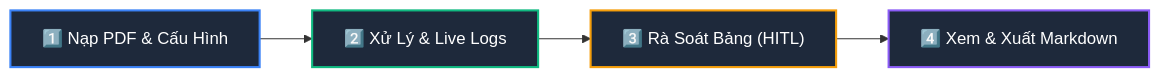
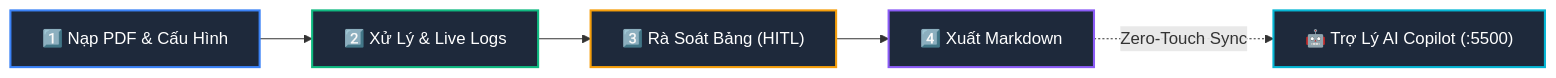
The diagram in docs/guide_interface.md (LeGiaVan/OpenBCTC), drawn with Mermaid before and after one commit. The commit also changed other lines of this file and 5 other files, not shown here.

````diff
--- a/docs/guide_interface.md
+++ b/docs/guide_interface.md
@@ -106,11 +113,13 @@
 ```mermaid
 flowchart LR
     Step1["1️⃣ Nạp PDF & Cấu Hình"] --> Step2["2️⃣ Xử Lý & Live Logs"]
     Step2 --> Step3["3️⃣ Rà Soát Bảng (HITL)"]
-    Step3 --> Step4["4️⃣ Xem & Xuất Markdown"]
+    Step3 --> Step4["4️⃣ Xuất Markdown"]
+    Step4 -.->|Zero-Touch Sync| Step5["🤖 Trợ Lý AI Copilot (:5500)"]
 
     style Step1 fill:#1e293b,stroke:#3b82f6,stroke-width:2px,color:#fff
     style Step2 fill:#1e293b,stroke:#10b981,stroke-width:2px,color:#fff
     style Step3 fill:#1e293b,stroke:#f59e0b,stroke-width:2px,color:#fff
     style Step4 fill:#1e293b,stroke:#8b5cf6,stroke-width:2px,color:#fff
+    style Step5 fill:#1e293b,stroke:#06b6d4,stroke-width:2px,color:#fff
 ```
````
